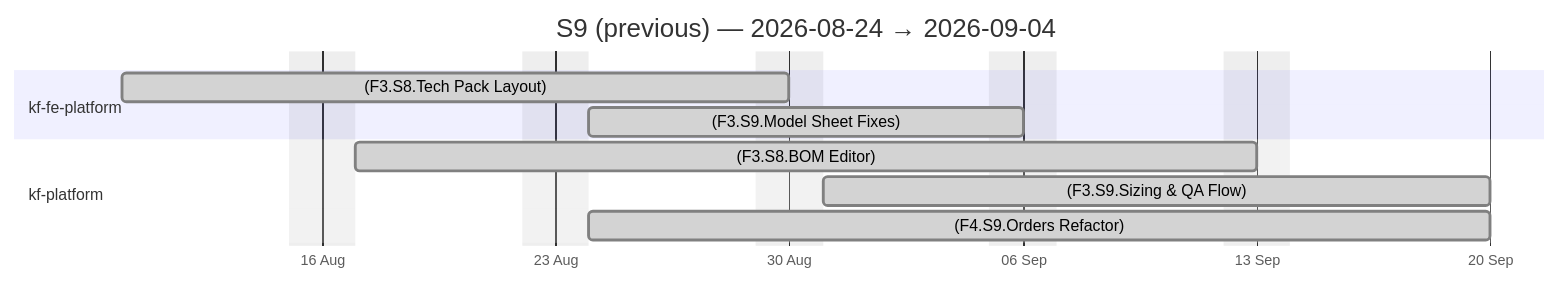
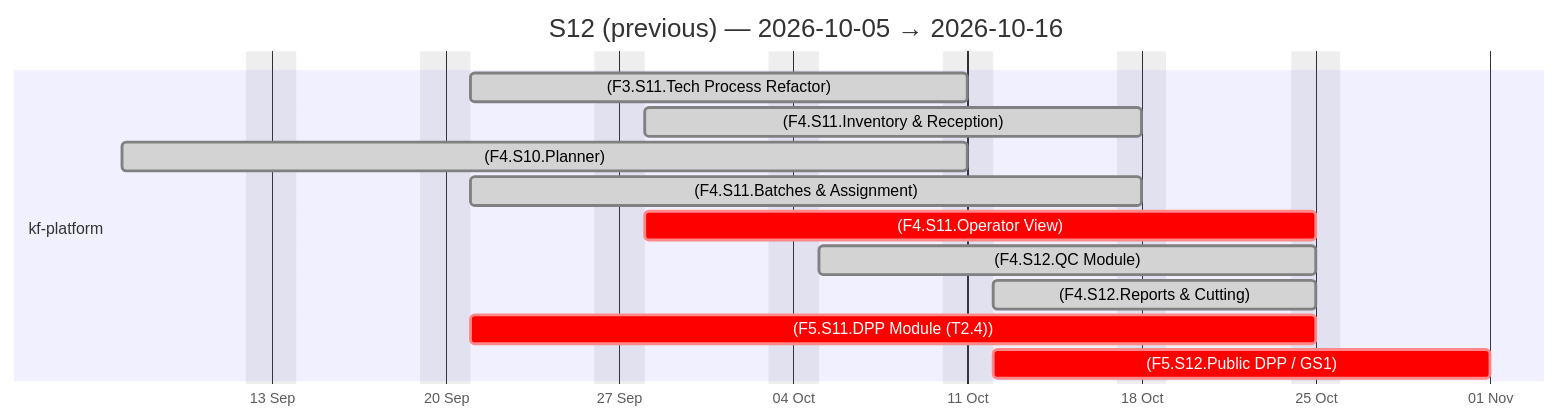
One commit to Katty-Fashion/kf-cpto changed the fourth of 6 diagrams in docs/unified-calendar.md. Above: the diagram before and after it, drawn with Mermaid. The commit also changed other lines of this file and 36 other files, not shown here.

````diff
--- a/docs/unified-calendar.md
+++ b/docs/unified-calendar.md
@@ -135,15 +167,18 @@
 ```mermaid
 gantt
-    title S9 (previous) — 2026-08-24 → 2026-09-04
+    title S12 (previous) — 2026-10-05 → 2026-10-16
     dateFormat YYYY-MM-DD
     axisFormat %d %b
     excludes weekends
 
-    section kf-fe-platform
-    (F3.S8.Tech Pack Layout) :done, 2026-08-10, 2026-08-30
-    (F3.S9.Model Sheet Fixes) :done, 2026-08-24, 2026-09-06
     section kf-platform
-    (F3.S8.BOM Editor) :done, 2026-08-17, 2026-09-13
-    (F3.S9.Sizing & QA Flow) :done, 2026-08-31, 2026-09-20
-    (F4.S9.Orders Refactor) :done, 2026-08-24, 2026-09-20
+    (F3.S11.Tech Process Refactor) :done, 2026-09-21, 2026-10-11
+    (F4.S11.Inventory & Reception) :done, 2026-09-28, 2026-10-18
+    (F4.S10.Planner) :done, 2026-09-07, 2026-10-11
+    (F4.S11.Batches & Assignment) :done, 2026-09-21, 2026-10-18
+    (F4.S11.Operator View) :crit, 2026-09-28, 2026-10-25
+    (F4.S12.QC Module) :done, 2026-10-05, 2026-10-25
+    (F4.S12.Reports & Cutting) :done, 2026-10-12, 2026-10-25
+    (F5.S11.DPP Module (T2.4)) :crit, 2026-09-21, 2026-10-25
+    (F5.S12.Public DPP / GS1) :crit, 2026-10-12, 2026-11-01
 ```
````
